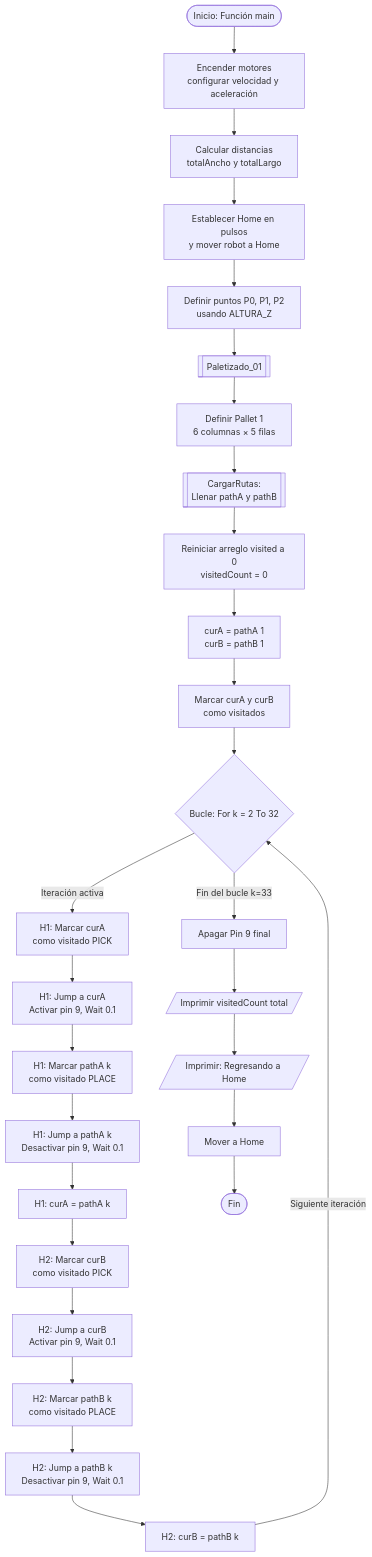
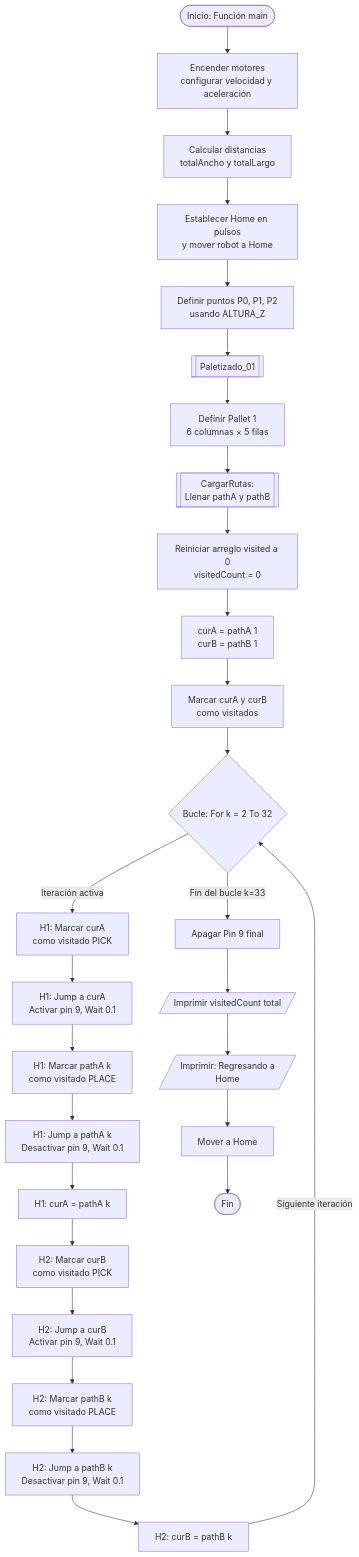
One commit to labsir-un/Robotica-2026-I-Equipo-2D-Cardenas-Pirateque-Suarez changed the diagram in Laboratorio No. 03 - Robótica Industrial EPSON T3 401S y EPSON RC+/README.MD. Above: the diagram before and after it, drawn with Mermaid.

Commit message:
Fix print statement format in README
Updated README to include HTML line break in print statement.

````diff
--- a/Laboratorio No. 03 - Robótica Industrial EPSON T3 401S y EPSON RC+/README.MD
+++ b/Laboratorio No. 03 - Robótica Industrial EPSON T3 401S y EPSON RC+/README.MD
@@ -407,34 +407,34 @@
 ```mermaid
 flowchart TD
     A([Inicio: Función main])
     A --> B[Encender motores<br/>configurar velocidad y aceleración]
     B --> C[Calcular distancias<br/>totalAncho y totalLargo]
     C --> D[Establecer Home en pulsos<br/>y mover robot a Home]
     D --> E[Definir puntos P0, P1, P2<br/>usando ALTURA_Z]
     E --> F[[Paletizado_01]]
     F --> G[Definir Pallet 1<br/>6 columnas × 5 filas]
     G --> H[[CargarRutas:<br/>Llenar pathA y pathB]]
     H --> I[Reiniciar arreglo visited a 0<br/>visitedCount = 0]
     I --> J[curA = pathA 1<br/>curB = pathB 1]
     J --> K[Marcar curA y curB<br/>como visitados]
     K --> L{Bucle: For k = 2 To 32}
 
     L -->|Iteración activa| M1[H1: Marcar curA<br/>como visitado PICK]
     M1 --> M2[H1: Jump a curA<br/>Activar pin 9, Wait 0.1]
     M2 --> M3[H1: Marcar pathA k<br/>como visitado PLACE]
     M3 --> M4[H1: Jump a pathA k<br/>Desactivar pin 9, Wait 0.1]
     M4 --> M5[H1: curA = pathA k]
 
     M5 --> N1[H2: Marcar curB<br/>como visitado PICK]
     N1 --> N2[H2: Jump a curB<br/>Activar pin 9, Wait 0.1]
     N2 --> N3[H2: Marcar pathB k<br/>como visitado PLACE]
     N3 --> N4[H2: Jump a pathB k<br/>Desactivar pin 9, Wait 0.1]
     N4 --> N5[H2: curB = pathB k]
 
     N5 -->|Siguiente iteración| L
     L -->|Fin del bucle k=33| S[Apagar Pin 9 final]
     S --> T[/Imprimir visitedCount total/]
-    T --> U[/Imprimir: Regresando a Home/]
+    T --> U[/Imprimir: Regresando a <br/>Home/]
     U --> V[Mover a Home]
     V --> W([Fin])
 ```
````
